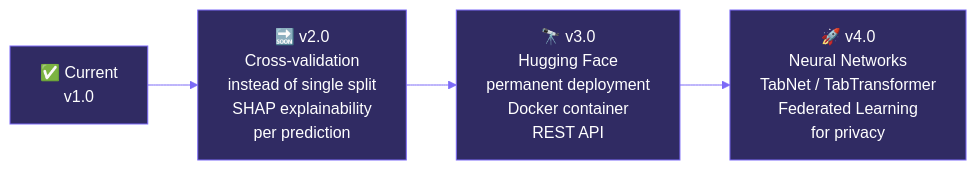
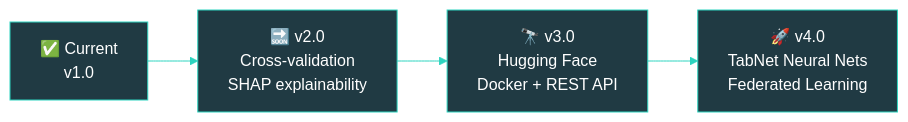
Before and after one commit to DARusrus/MedRisk-Classifier: the fourth of 4 diagrams in README.md, drawn with Mermaid. The commit also changed other lines of this file, not shown here.

````diff
--- a/README.md
+++ b/README.md
@@ -372,21 +392,18 @@
 ```mermaid
 %%{init: {'theme': 'base', 'themeVariables': {
-  'primaryColor': '#302b63',
+  'primaryColor': '#203a43',
   'primaryTextColor': '#ffffff',
-  'primaryBorderColor': '#7C6AF7',
-  'lineColor': '#7C6AF7',
-  'secondaryColor': '#0f0c29',
-  'tertiaryColor': '#24243e'
+  'primaryBorderColor': '#2DD4BF',
+  'lineColor': '#2DD4BF',
+  'secondaryColor': '#0f2027',
+  'tertiaryColor': '#2c5364'
 }}}%%
 
 flowchart LR
     NOW["✅ Current\nv1.0"]
-
-    V2["🔜 v2.0\nCross-validation\ninstead of single split\nSHAP explainability\nper prediction"]
-
-    V3["🔭 v3.0\nHugging Face\npermanent deployment\nDocker container\nREST API"]
-
-    V4["🚀 v4.0\nNeural Networks\nTabNet / TabTransformer\nFederated Learning\nfor privacy"]
+    V2["🔜 v2.0\nCross-validation\nSHAP explainability"]
+    V3["🔭 v3.0\nHugging Face\nDocker + REST API"]
+    V4["🚀 v4.0\nTabNet Neural Nets\nFederated Learning"]
 
     NOW --> V2 --> V3 --> V4
 ```
````
